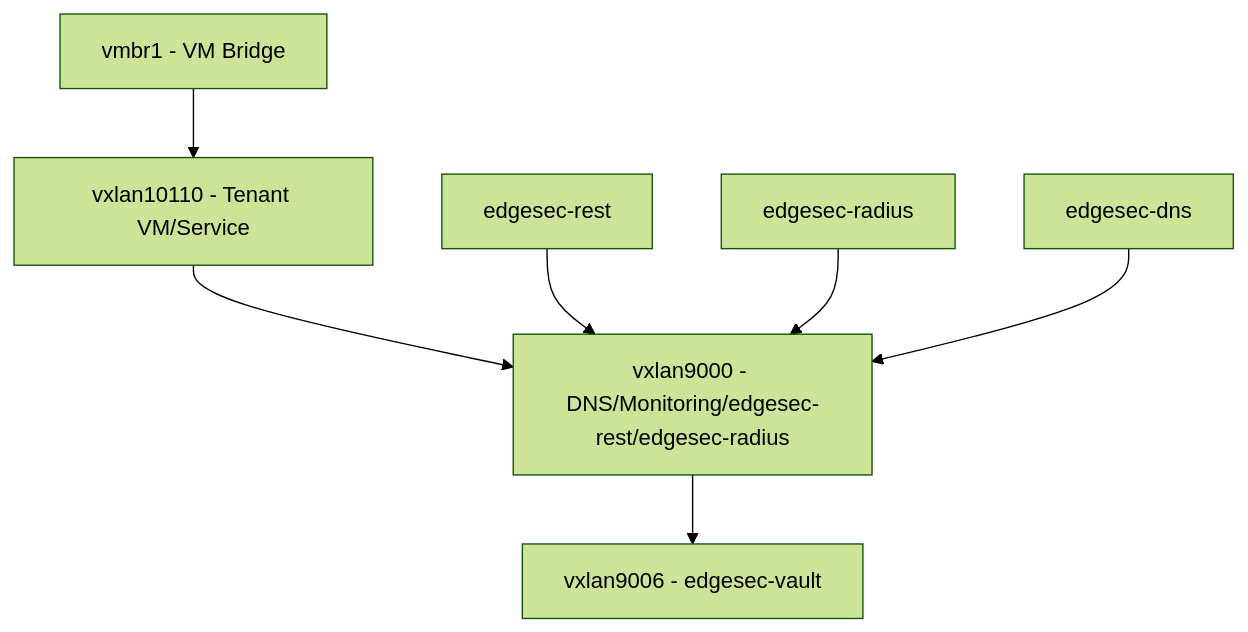
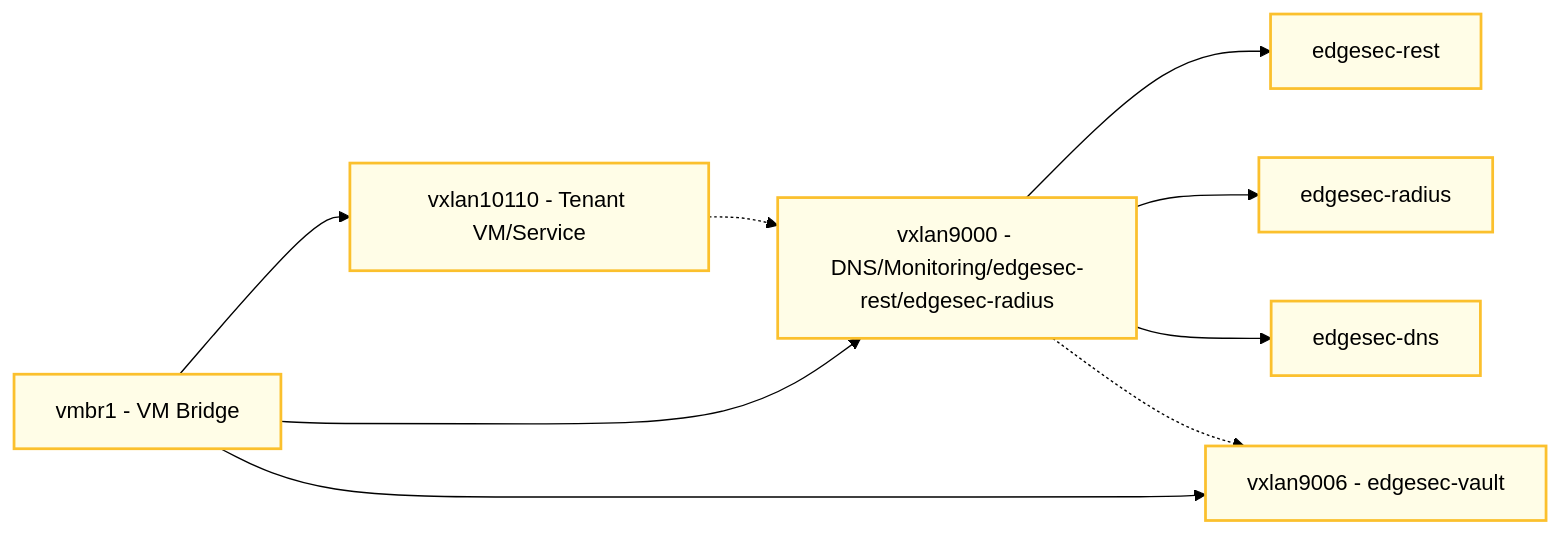
The third of 4 diagrams in README.md (CEP-Comwell/proxmox_addons), drawn with Mermaid (forest theme) before and after one commit.

````diff
--- a/README.md
+++ b/README.md
@@ -95,13 +95,20 @@
 ```mermaid
-graph TD
+graph LR
 VMBridge[vmbr1 - VM Bridge]
-VMBridge --> VX10110[vxlan10110 - Tenant VM/Service]
-VX10110 --> VX9000[vxlan9000 - DNS/Monitoring/edgesec-rest/edgesec-radius]
-VX9000 --> VX9006[vxlan9006 - edgesec-vault]
+VX10110[vxlan10110 - Tenant VM/Service]
+VX9000[vxlan9000 - DNS/Monitoring/edgesec-rest/edgesec-radius]
+VX9006[vxlan9006 - edgesec-vault]
 RestVM[edgesec-rest]
 RadiusVM[edgesec-radius]
 DNSVM[edgesec-dns]
-RestVM --> VX9000
-RadiusVM --> VX9000
-DNSVM --> VX9000
+VMBridge --> VX10110
+VMBridge --> VX9000
+VMBridge --> VX9006
+VX9000 --> RestVM
+VX9000 --> RadiusVM
+VX9000 --> DNSVM
+VX10110 -.-> VX9000
+VX9000 -.-> VX9006
+classDef vm fill:#fffde7,stroke:#fbc02d,stroke-width:2px;
+class VMBridge,VX10110,VX9000,VX9006,RestVM,RadiusVM,DNSVM vm;
 ```
````
